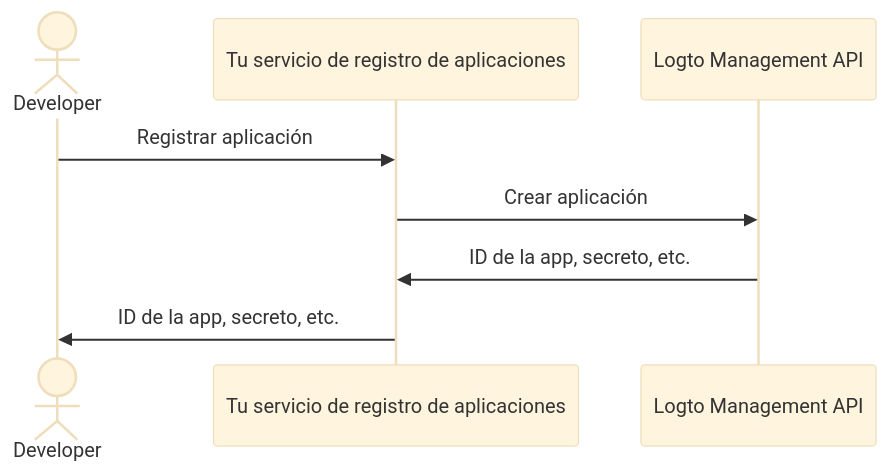
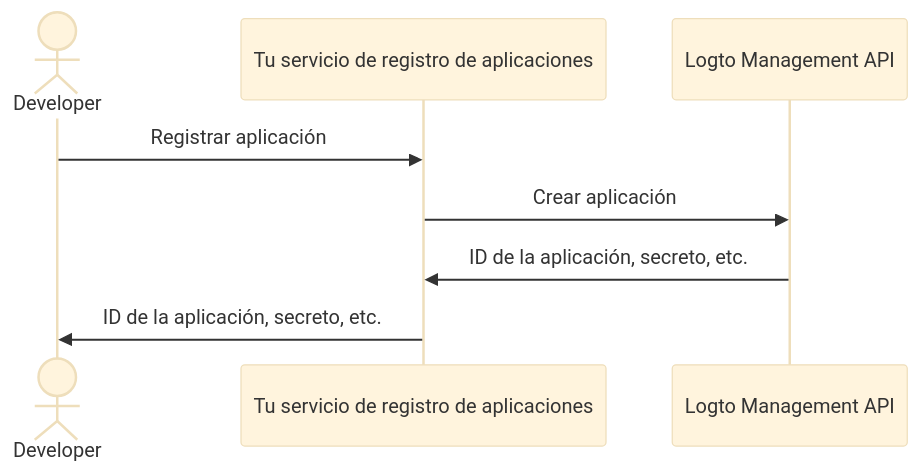
Before and after one commit to logto-io/docs: the first of 2 diagrams in i18n/es/docusaurus-plugin-content-docs/current/use-cases/ai/fragments/_configure-third-party-ai-agent.mdx, drawn with Mermaid (base theme). The commit also changed other lines of this file and 71 other files, not shown here.

````diff
--- a/i18n/es/docusaurus-plugin-content-docs/current/use-cases/ai/fragments/_configure-third-party-ai-agent.mdx
+++ b/i18n/es/docusaurus-plugin-content-docs/current/use-cases/ai/fragments/_configure-third-party-ai-agent.mdx
@@ -19,10 +25,10 @@
 ```mermaid
 sequenceDiagram
   actor Developer
   participant Server as Tu servicio de registro de aplicaciones
   participant Logto as Logto Management API
   Developer->>Server: Registrar aplicación
   Server->>Logto: Crear aplicación
-  Logto->>Server: ID de la app, secreto, etc.
-  Server->>Developer: ID de la app, secreto, etc.
+  Logto->>Server: ID de la aplicación, secreto, etc.
+  Server->>Developer: ID de la aplicación, secreto, etc.
 ```
````
